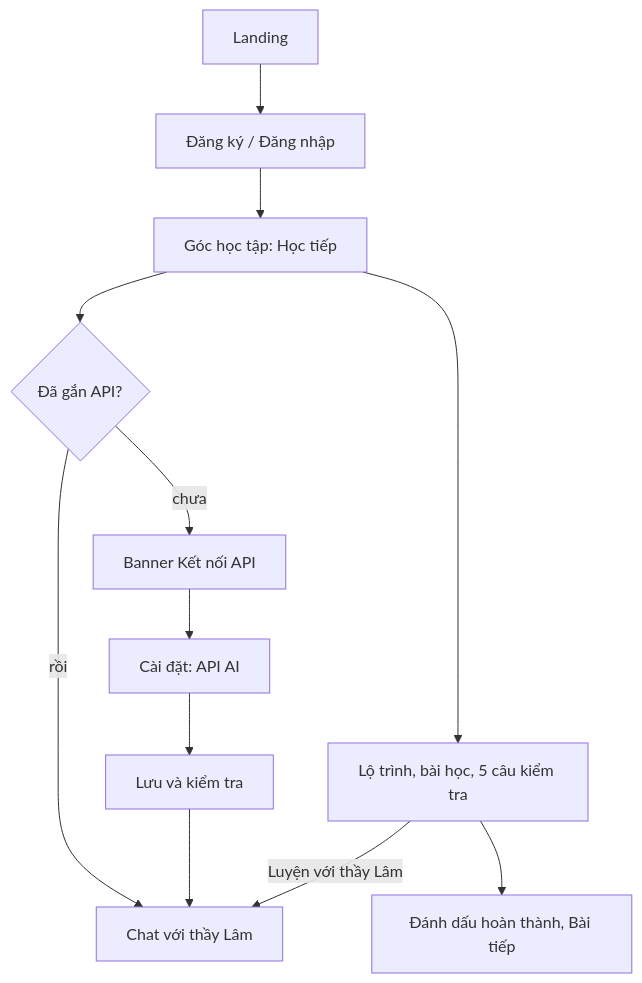
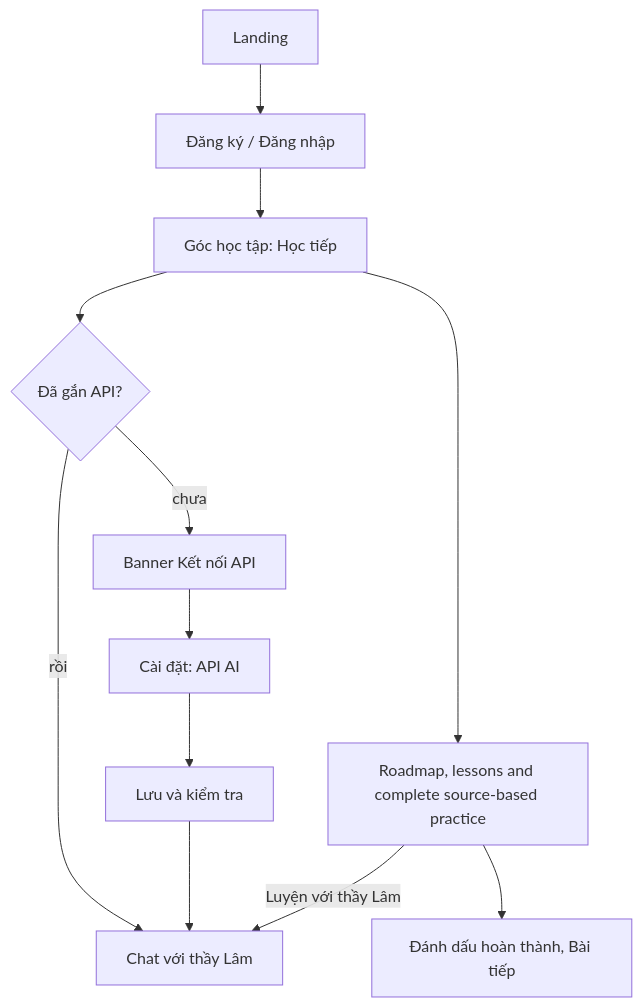
One commit to silent9669/VJ_BOT changed the diagram in docs/FEATURES.md. Above: the diagram before and after it, drawn with Mermaid. The commit also changed other lines of this file and 37 other files, not shown here.

````diff
--- a/docs/FEATURES.md
+++ b/docs/FEATURES.md
@@ -7,12 +7,12 @@
 ```mermaid
 flowchart TD
   L[Landing] --> R[Đăng ký / Đăng nhập]
   R --> D[Góc học tập: Học tiếp]
   D --> S{Đã gắn API?}
   S -- chưa --> B[Banner Kết nối API] --> C[Cài đặt: API AI] --> T[Lưu và kiểm tra]
   S -- rồi --> Q
   T --> Q[Chat với thầy Lâm]
-  D --> K[Lộ trình, bài học, 5 câu kiểm tra]
+  D --> K[Roadmap, lessons and complete source-based practice]
   K -->|Luyện với thầy Lâm| Q
   K --> M[Đánh dấu hoàn thành, Bài tiếp]
 ```
````
